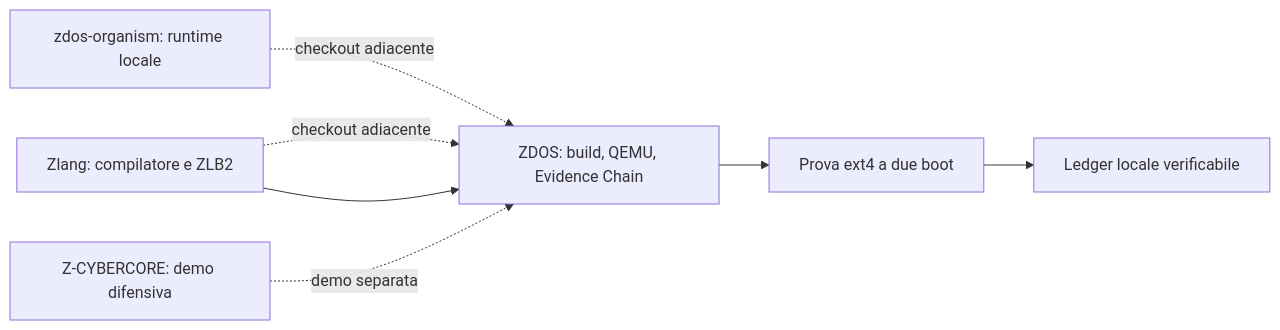
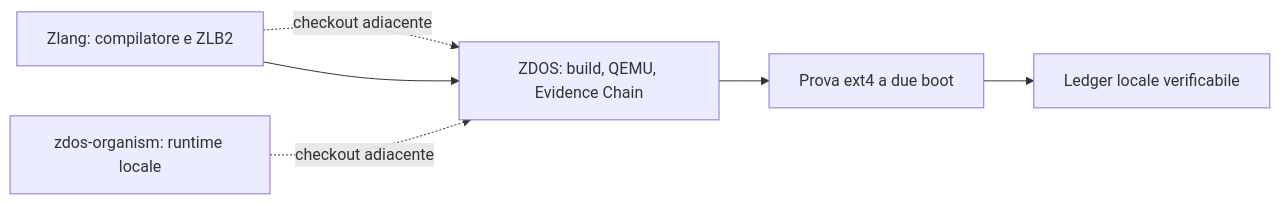
The diagram in docs/MICROCOSM.md (high-cde/ZDOS), drawn with Mermaid before and after one commit. The commit also changed other lines of this file and 2 other files, not shown here.

Commit message:
Remove deleted Cybercore CI dependency

````diff
--- a/docs/MICROCOSM.md
+++ b/docs/MICROCOSM.md
@@ -9,15 +9,13 @@
 ```mermaid
 flowchart LR
     ZD[ZDOS: build, QEMU, Evidence Chain]
     ZL[Zlang: compilatore e ZLB2]
     ORG[zdos-organism: runtime locale]
-    CY[Z-CYBERCORE: demo difensiva]
     PS[Prova ext4 a due boot]
     LE[Ledger locale verificabile]
 
     ZL -. checkout adiacente .-> ZD
     ORG -. checkout adiacente .-> ZD
-    CY -. demo separata .-> ZD
     ZD --> PS --> LE
     ZL --> ZD
 ```
````
